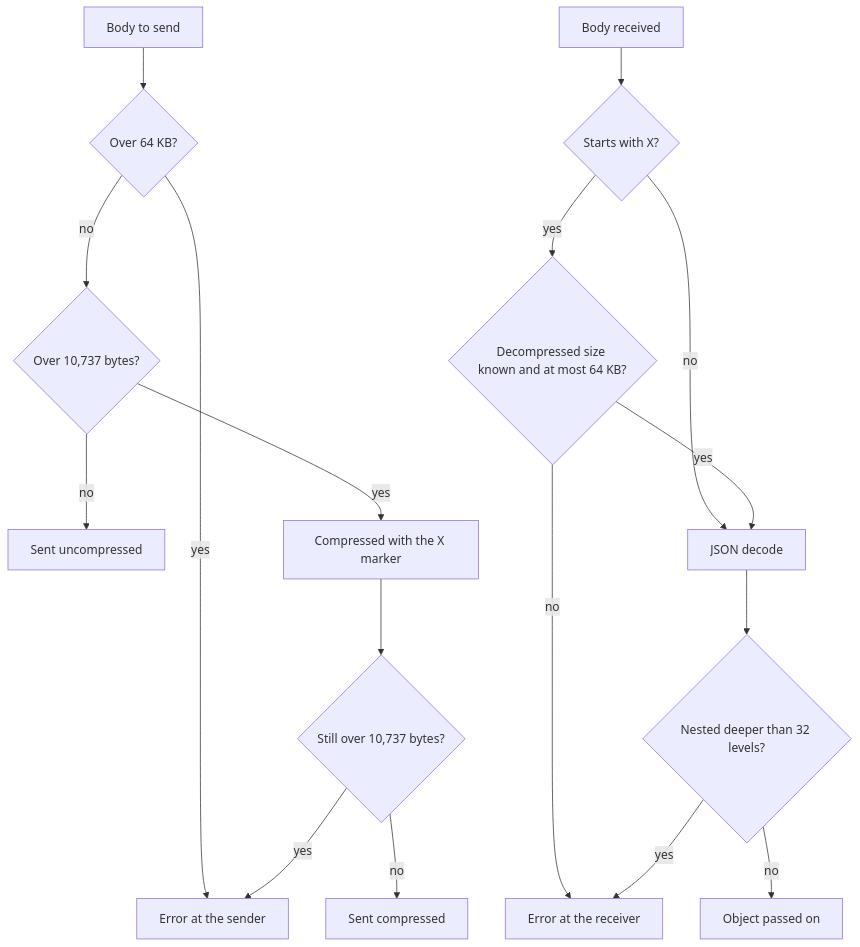
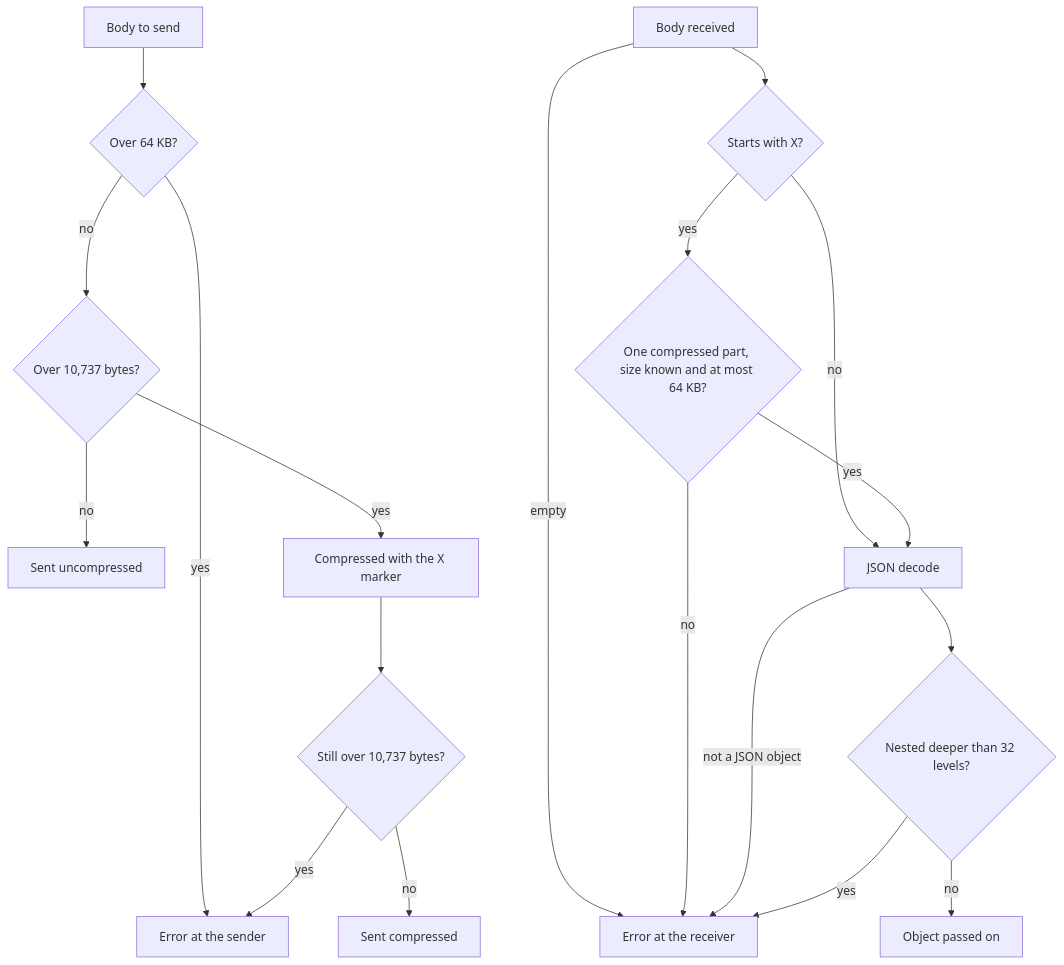
One commit to simplex-chat/simplex-chat changed the third of 15 diagrams in plans/2026-08-04-directory-search-in-app.md. Above: the diagram before and after it, drawn with Mermaid. The commit also changed other lines of this file, not shown here.

Commit message:
docs: directory search plan matches the code in its diagrams

````diff
--- a/plans/2026-08-04-directory-search-in-app.md
+++ b/plans/2026-08-04-directory-search-in-app.md
@@ -126,19 +127,21 @@
 ```mermaid
 flowchart TD
   send[Body to send] --> big{Over 64 KB?}
   big -- yes --> err[Error at the sender]
   big -- no --> over{Over 10,737 bytes?}
   over -- no --> plain[Sent uncompressed]
   over -- yes --> comp[Compressed with the X marker]
   comp --> still{Still over 10,737 bytes?}
   still -- yes --> err
   still -- no --> wire[Sent compressed]
   recv[Body received] --> marker{Starts with X?}
+  recv -- empty --> rej[Error at the receiver]
   marker -- no --> json[JSON decode]
-  marker -- yes --> bound{Decompressed size known and at most 64 KB?}
-  bound -- no --> rej[Error at the receiver]
+  marker -- yes --> bound{One compressed part, size known and at most 64 KB?}
+  bound -- no --> rej
   bound -- yes --> json
+  json -- not a JSON object --> rej
   json --> depth{Nested deeper than 32 levels?}
   depth -- yes --> rej
   depth -- no --> ok[Object passed on]
 ```
````
